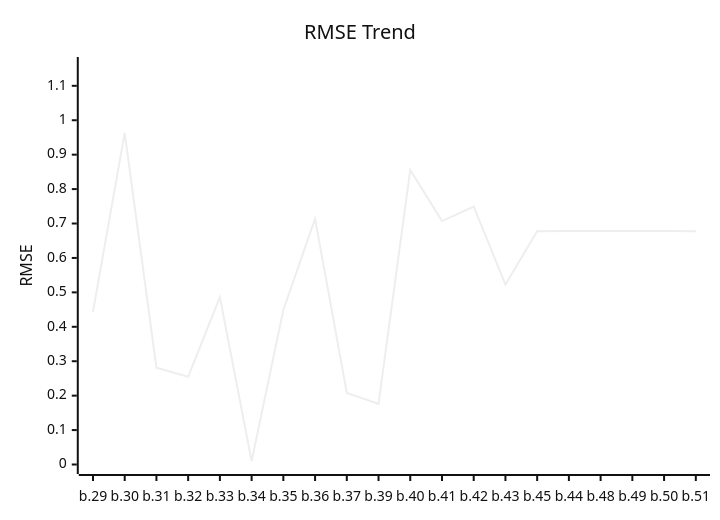
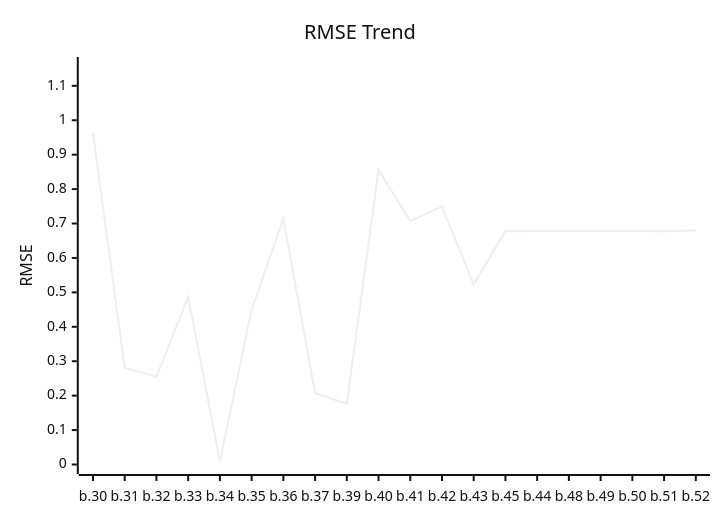
Before and after one commit to timo-eberl/tracy: the first of 2 diagrams in README.md, drawn with Mermaid (neutral theme). The commit also changed other lines of this file and 3 other files, not shown here.

````diff
--- a/README.md
+++ b/README.md
@@ -13,7 +13,7 @@
 ```mermaid
 xychart-beta
     title "RMSE Trend"
-    x-axis ["b.29", "b.30", "b.31", "b.32", "b.33", "b.34", "b.35", "b.36", "b.37", "b.39", "b.40", "b.41", "b.42", "b.43", "b.45", "b.44", "b.48", "b.49", "b.50", "b.51"]
+    x-axis ["b.30", "b.31", "b.32", "b.33", "b.34", "b.35", "b.36", "b.37", "b.39", "b.40", "b.41", "b.42", "b.43", "b.45", "b.44", "b.48", "b.49", "b.50", "b.51", "b.52"]
     y-axis "RMSE" 0 --> 1.1561
-    line [0.4436, 0.9634, 0.2812, 0.2549, 0.4864, 0.0098, 0.4489, 0.7142, 0.2079, 0.1763, 0.8557, 0.7071, 0.749, 0.5226, 0.677836, 0.677984, 0.678, 0.678, 0.678, 0.6778]
+    line [0.9634, 0.2812, 0.2549, 0.4864, 0.0098, 0.4489, 0.7142, 0.2079, 0.1763, 0.8557, 0.7071, 0.749, 0.5226, 0.677836, 0.677984, 0.678, 0.678, 0.678, 0.6778, 0.6796]
 ```
````
